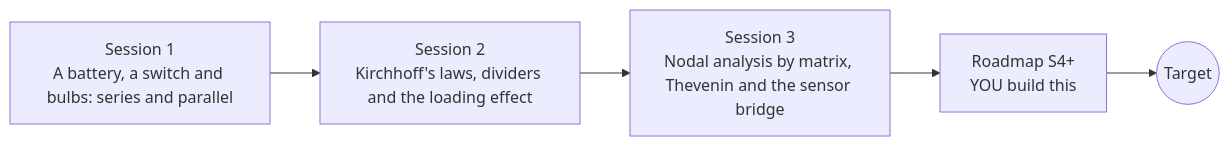
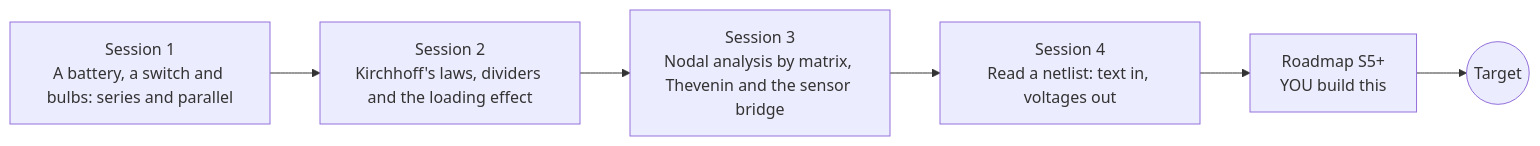
Before and after one commit to KrunalPanchal1995/opencircuitlab: the diagram in README.md, drawn with Mermaid. The commit also changed other lines of this file and 20 other files, not shown here.

First line of the commit message:
Add Session 4: read a netlist (text in, voltages out)

````diff
--- a/README.md
+++ b/README.md
@@ -90,9 +91,10 @@
 ```mermaid
 flowchart LR
   S1[Session 1<br/>A battery, a switch and bulbs: series and parallel]
   S2[Session 2<br/>Kirchhoff's laws, dividers and the loading effect]
   S3[Session 3<br/>Nodal analysis by matrix, Thevenin and the sensor bridge]
-  R[Roadmap S4+<br/>YOU build this]
+  S4[Session 4<br/>Read a netlist: text in, voltages out]
+  R[Roadmap S5+<br/>YOU build this]
   T((Target))
-  S1 --> S2 --> S3 --> R --> T
+  S1 --> S2 --> S3 --> S4 --> R --> T
 ```
````
